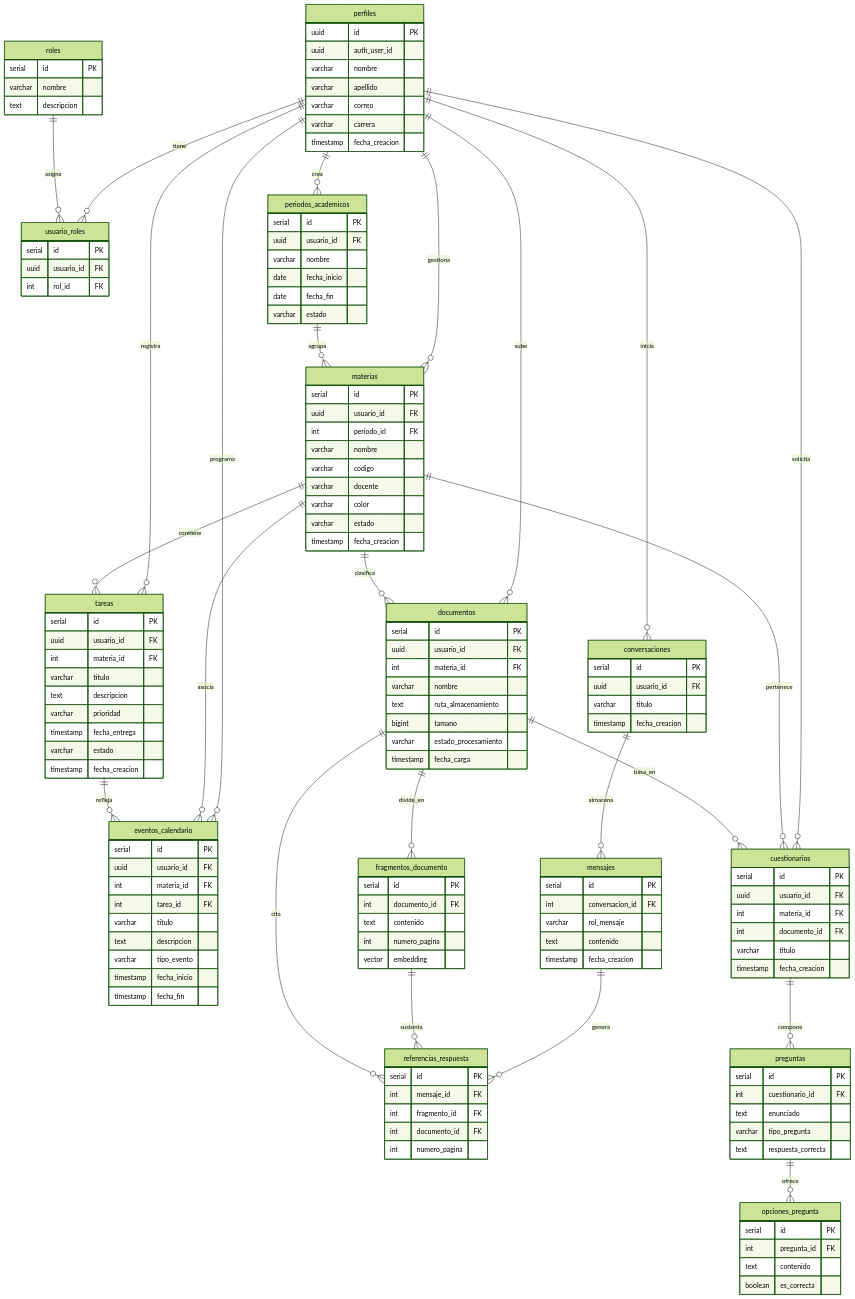
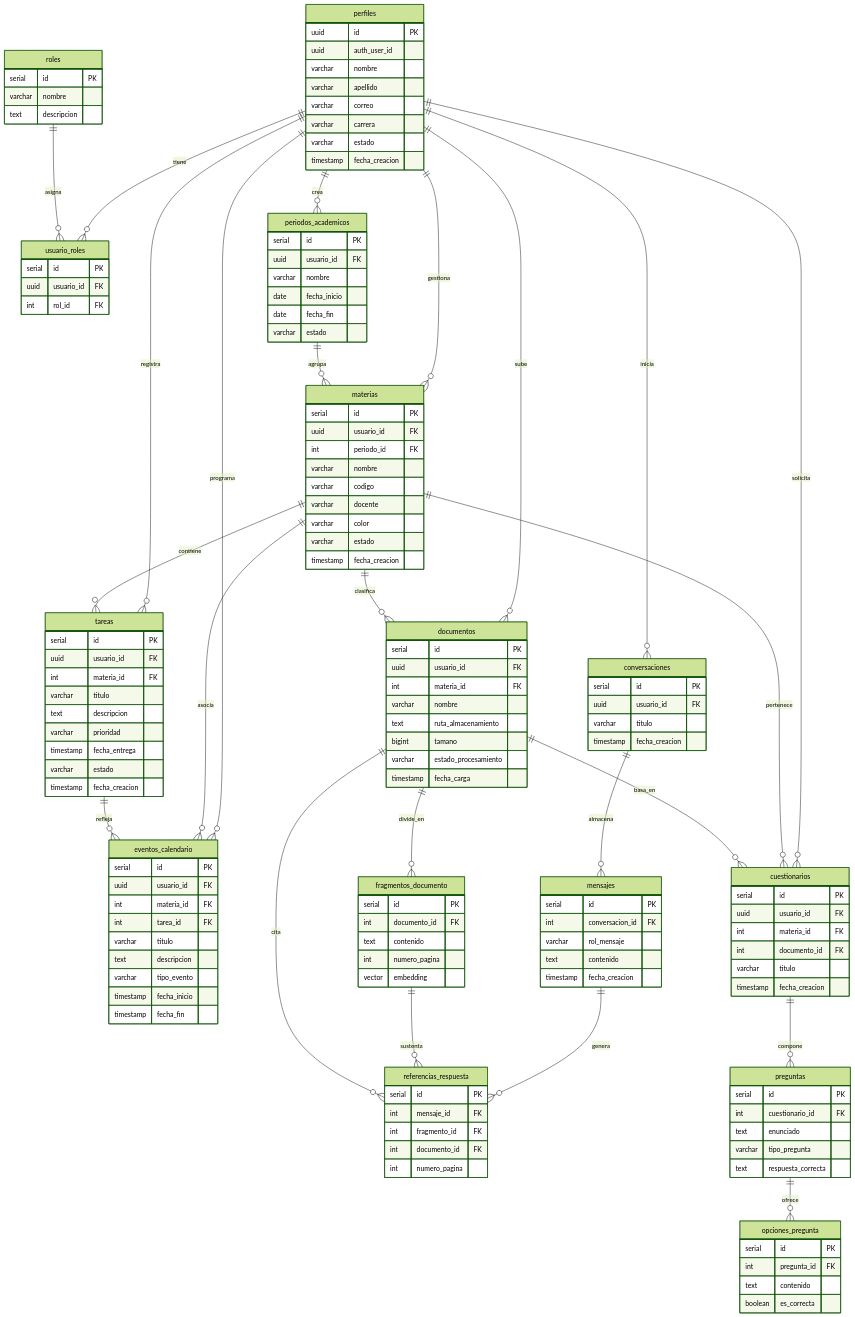
Before and after one commit to dgschahvqvc17/MINGO-UPDS: the diagram in docs/base-datos.md, drawn with Mermaid (forest theme). The commit also changed other lines of this file and 32 other files, not shown here.

```diff
--- a/docs/base-datos.md
+++ b/docs/base-datos.md
@@ -79,6 +79,7 @@
         varchar apellido
         varchar correo
         varchar carrera
+        varchar estado
         timestamp fecha_creacion
     }
 
```
